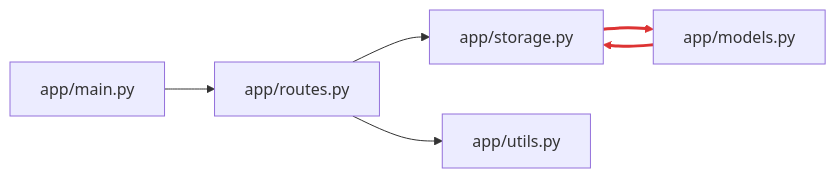
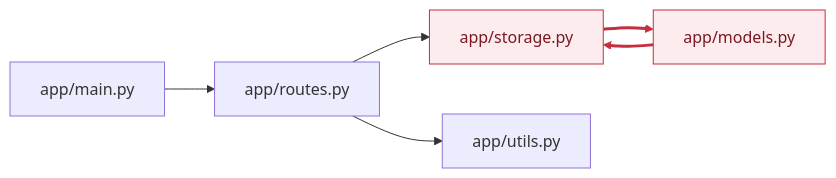
One commit to hxxnn/codemap changed the diagram in examples/python-todo-api/docs/codemap/dependency-graph.md. Above: the diagram before and after it, drawn with Mermaid. The commit also changed other lines of this file and 35 other files, not shown here.

````diff
--- a/examples/python-todo-api/docs/codemap/dependency-graph.md
+++ b/examples/python-todo-api/docs/codemap/dependency-graph.md
@@ -16,14 +14,17 @@
 ```mermaid
 flowchart LR
-  n1["app/main.py"]
-  n2["app/routes.py"]
-  n3["app/models.py"]
-  n4["app/storage.py"]
-  n5["app/utils.py"]
-  n1 --> n2
-  n2 --> n4
-  n2 --> n5
-  n3 --> n4
-  n4 --> n3
-  linkStyle 3,4 stroke:#d33,stroke-width:3px
+    n1["app/main.py"]
+    n2["app/routes.py"]
+    n3["app/storage.py"]
+    n4["app/models.py"]
+    n5["app/utils.py"]
+    n1 --> n2
+    n2 --> n3
+    n2 --> n5
+    n3 --> n4
+    n4 --> n3
+    classDef cycle fill:#FDECEE,stroke:#C62F3E,color:#7A1823
+    class n3,n4 cycle
+    linkStyle 3 stroke:#C62F3E,stroke-width:3px
+    linkStyle 4 stroke:#C62F3E,stroke-width:3px
 ```
````
